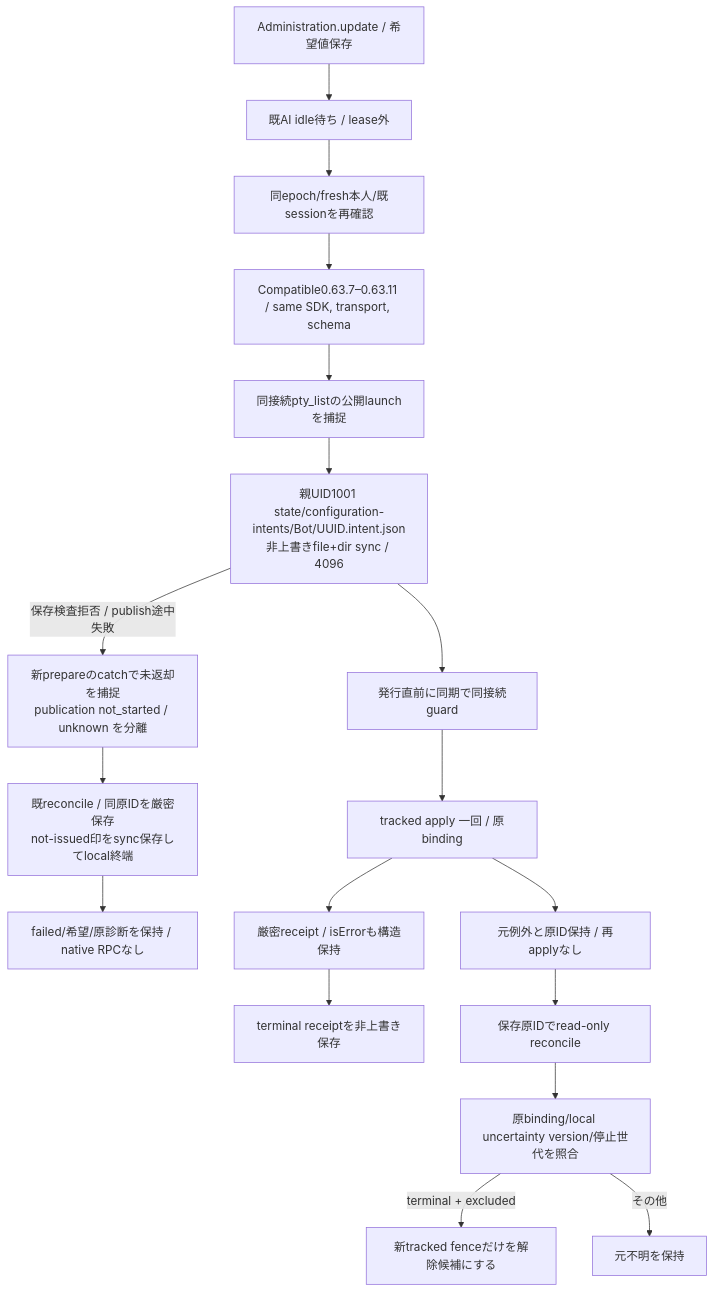
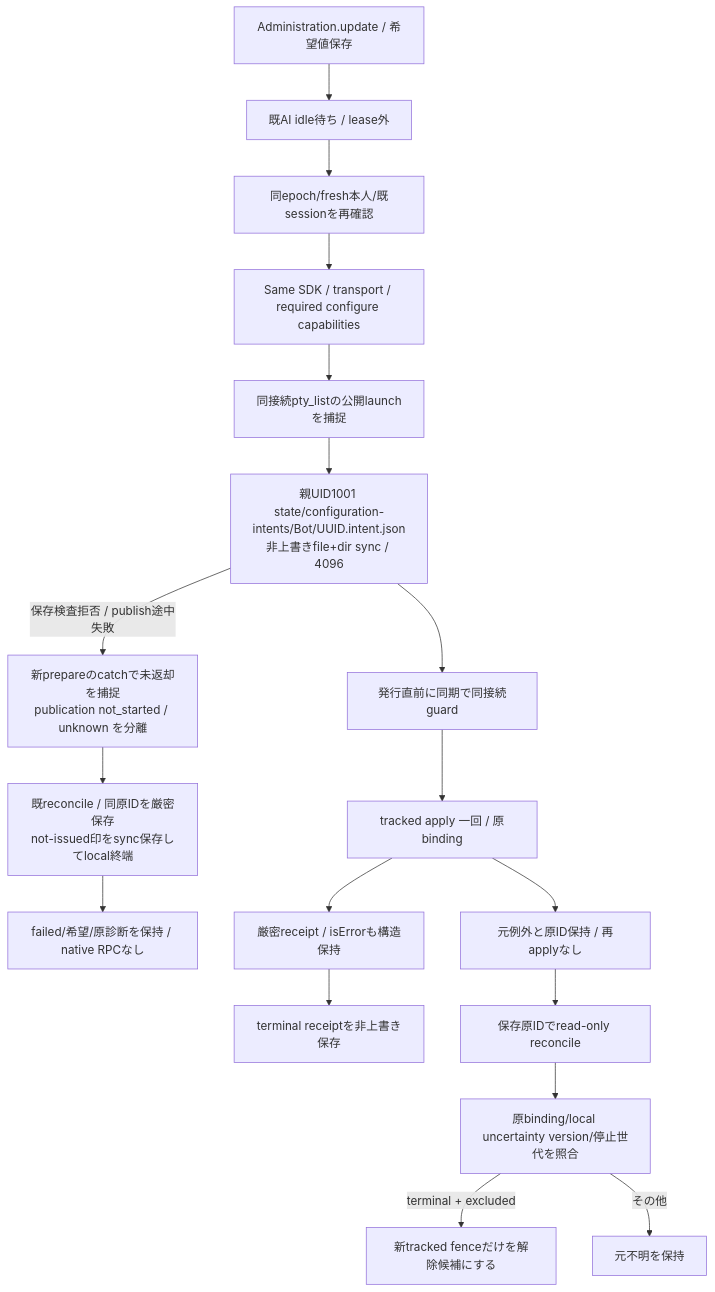
The diagram in docs/architecture/modules/execution/configuration-requests.md (kitepon/BellTeam), drawn with Mermaid before and after one commit. The commit also changed other lines of this file and 3 other files, not shown here.

````diff
--- a/docs/architecture/modules/execution/configuration-requests.md
+++ b/docs/architecture/modules/execution/configuration-requests.md
@@ -5,20 +5,20 @@
 ```mermaid
 flowchart TD
   Desired[Administration.update / 希望値保存] --> Idle[既AI idle待ち / lease外]
   Idle --> Fresh[同epoch/fresh本人/既sessionを再確認]
-  Fresh --> Capability[Compatible0.63.7–0.63.11 / same SDK, transport, schema]
+  Fresh --> Capability[Same SDK / transport / required configure capabilities]
   Capability --> Target[同接続pty_listの公開launchを捕捉]
   Target --> Intent[親UID1001 state/configuration-intents/Bot/UUID.intent.json<br/>非上書きfile+dir sync / 4096]
   Intent --> Guard[発行直前に同期で同接続guard]
   Intent -->|保存検査拒否 / publish途中失敗| Rejected[新prepareのcatchで未返却を捕捉<br/>publication not_started / unknown を分離]
   Rejected --> Local[既reconcile / 同原IDを厳密保存<br/>not-issued印をsync保存してlocal終端]
   Local --> KeepHistory[failed/希望/原診断を保持 / native RPCなし]
   Guard --> Apply[tracked apply 一回 / 原binding]
   Apply --> Receipt[厳密receipt / isErrorも構造保持]
   Apply --> Unknown[元例外と原ID保持 / 再applyなし]
   Receipt --> Terminal[terminal receiptを非上書き保存]
   Unknown --> Reconcile[保存原IDでread-only reconcile]
   Reconcile --> Match[原binding/local uncertainty version/停止世代を照合]
   Match -->|terminal + excluded| Clear[新tracked fenceだけを解除候補にする]
   Match -->|その他| Keep[元不明を保持]
 ```
````
